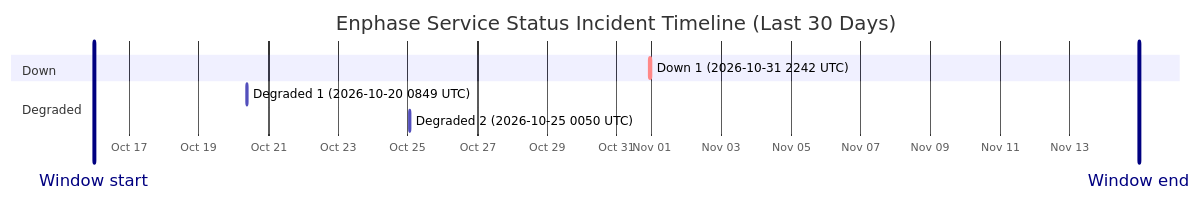
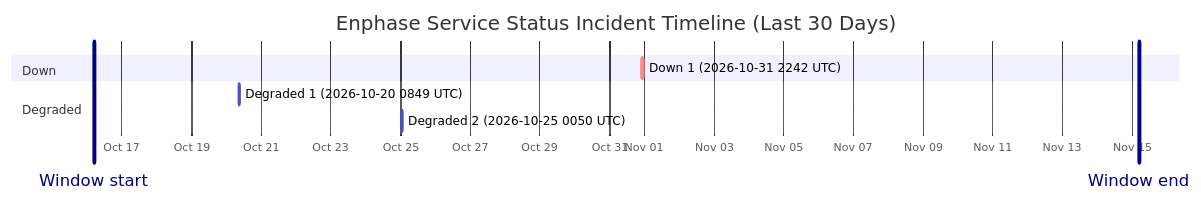
Before and after one commit to barneyonline/ha-enphase-energy: the diagram in wiki/Service-Status-History.md, drawn with Mermaid. The commit also changed other lines of this file and 3 other files, not shown here.

````diff
--- a/wiki/Service-Status-History.md
+++ b/wiki/Service-Status-History.md
@@ -14,13 +14,13 @@
 ```mermaid
 gantt
     title Enphase Service Status Incident Timeline (Last 30 Days)
     dateFormat  YYYY-MM-DDTHH:mm:ss
     axisFormat  %b %d
-    Window start :vert, window-start, 2026-10-15T23:37:48, 0ms
-    Window end :vert, window-end, 2026-11-14T23:37:48, 0ms
+    Window start :vert, window-start, 2026-10-16T04:53:41, 0ms
+    Window end :vert, window-end, 2026-11-15T04:53:41, 0ms
     section Down
     Down 1 (2026-10-31 2242 UTC) :crit, down-1, 2026-10-31T22:42:18, 60m
     section Degraded
     Degraded 1 (2026-10-20 0849 UTC) :active, degraded-1, 2026-10-20T08:49:49, 60m
     Degraded 2 (2026-10-25 0050 UTC) :active, degraded-2, 2026-10-25T00:50:01, 60m
 ```
````
